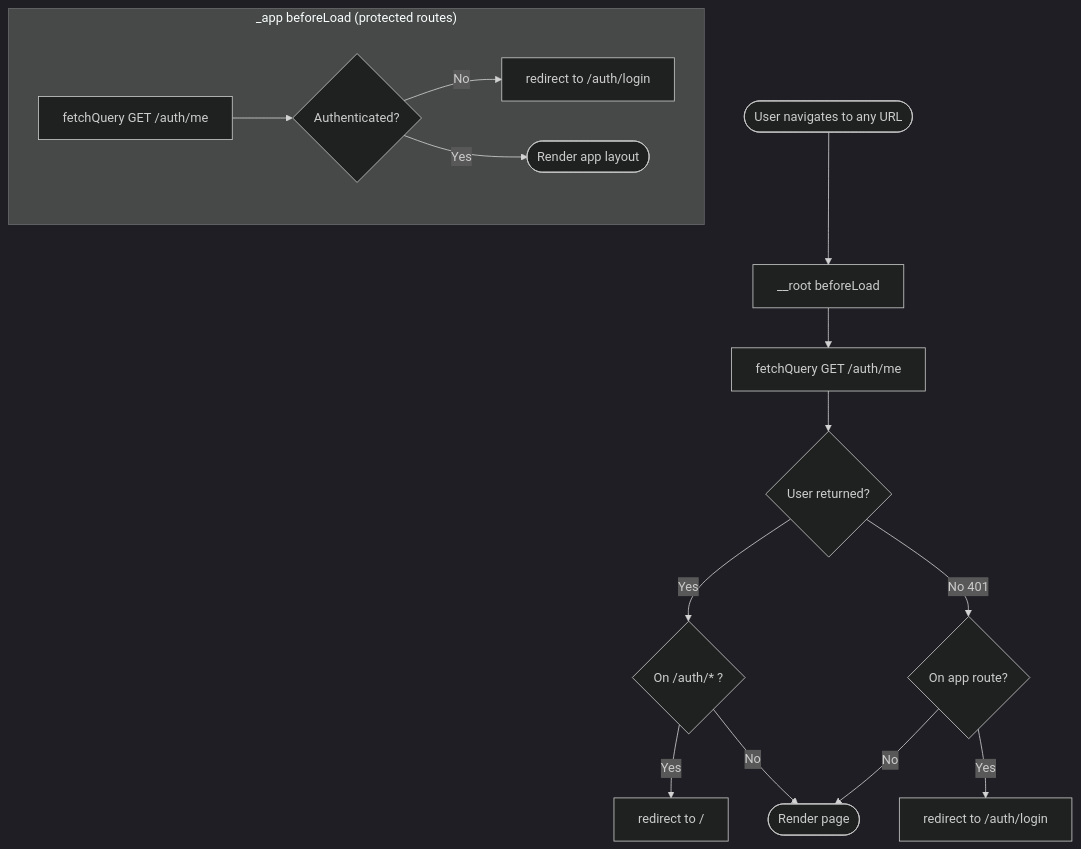
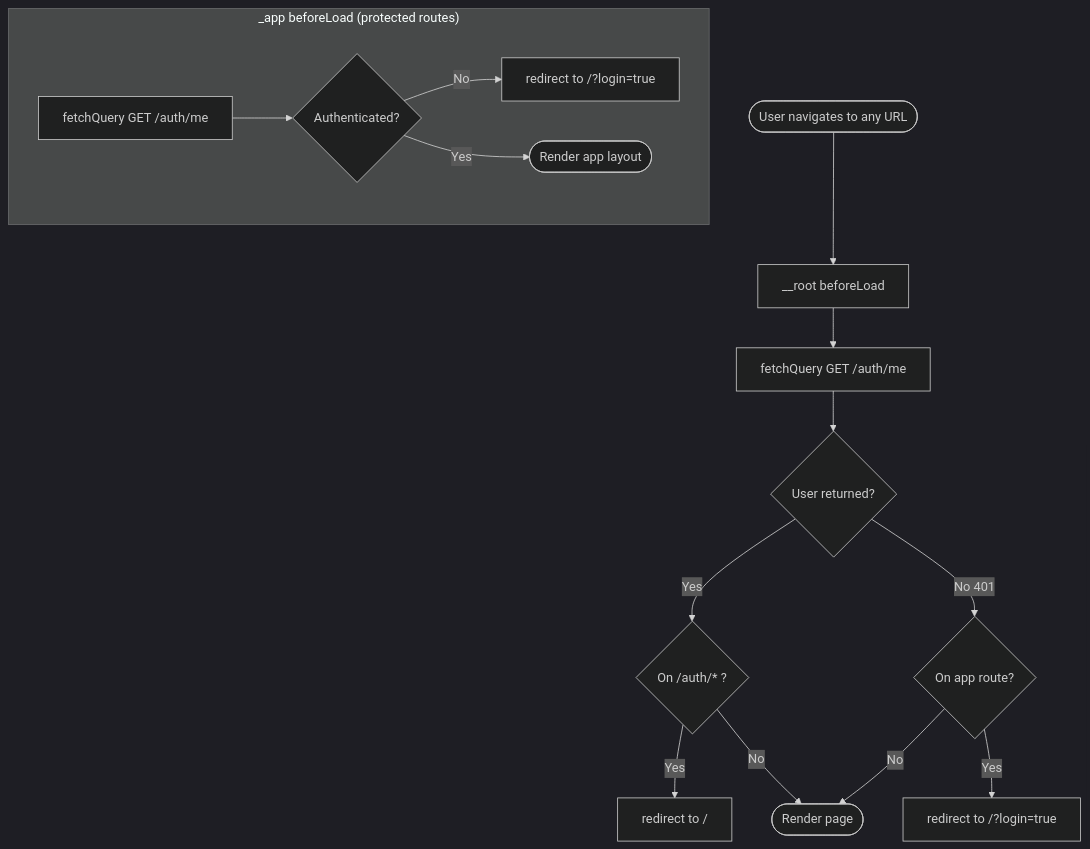
Before and after one commit to roman-ua89/remindme: the fifth of 6 diagrams in frontend/docs/AUTH.md, drawn with Mermaid (dark theme). The commit also changed other lines of this file and 6 other files, not shown here.

````diff
--- a/frontend/docs/AUTH.md
+++ b/frontend/docs/AUTH.md
@@ -238,22 +240,22 @@
 ```mermaid
 flowchart TD
     Start([User navigates to any URL]) --> RootLoad["__root beforeLoad"]
     RootLoad --> FetchMe["fetchQuery GET /auth/me"]
     FetchMe --> Authed{User returned?}
 
     Authed -->|Yes| CheckAuthRoute{On /auth/* ?}
     Authed -->|No 401| CheckAppRoute{On app route?}
 
     CheckAuthRoute -->|Yes| RedirectHome["redirect to /"]
     CheckAuthRoute -->|No| ShowPage([Render page])
 
-    CheckAppRoute -->|Yes| RedirectLogin["redirect to /auth/login"]
+    CheckAppRoute -->|Yes| RedirectLogin["redirect to /?login=true"]
     CheckAppRoute -->|No| ShowPage
 
     subgraph AppRoutes["_app beforeLoad (protected routes)"]
         AppFetch["fetchQuery GET /auth/me"]
         AppFetch --> AppAuthed{Authenticated?}
-        AppAuthed -->|No| AppRedirect["redirect to /auth/login"]
+        AppAuthed -->|No| AppRedirect["redirect to /?login=true"]
         AppAuthed -->|Yes| AppShow([Render app layout])
     end
 ```
````
